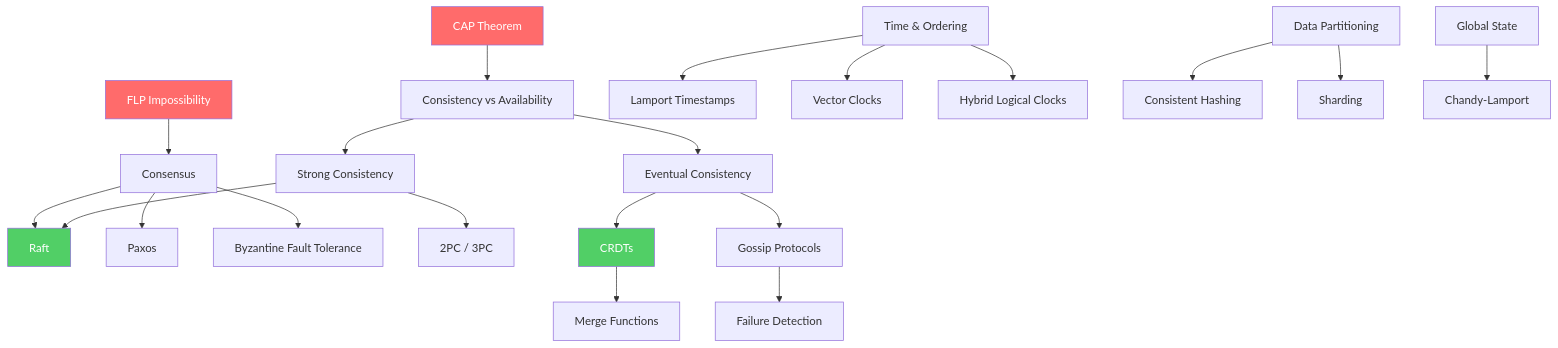
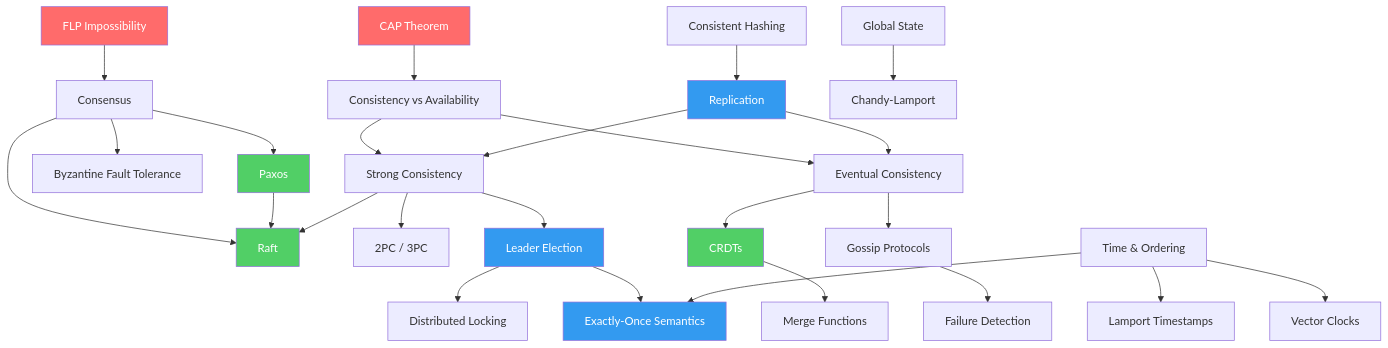
One commit to ayush-jadaun/knowledge-vault changed the diagram in docs/system-design/distributed-systems/index.md. Above: the diagram before and after it, drawn with Mermaid. The commit also changed other lines of this file and 16 other files, not shown here.

````diff
--- a/docs/system-design/distributed-systems/index.md
+++ b/docs/system-design/distributed-systems/index.md
@@ -43,35 +43,45 @@
 ```mermaid
 graph TB
     FLP[FLP Impossibility] --> Consensus
     CAP[CAP Theorem] --> Tradeoffs[Consistency vs Availability]
 
+    Consensus --> Paxos
     Consensus --> Raft
-    Consensus --> Paxos
     Consensus --> BFT[Byzantine Fault Tolerance]
+    Paxos --> Raft
 
     Tradeoffs --> Strong[Strong Consistency]
     Tradeoffs --> Eventual[Eventual Consistency]
 
     Strong --> TwoPC[2PC / 3PC]
     Strong --> Raft
+    Strong --> LeaderElection[Leader Election]
 
     Eventual --> CRDTs
     Eventual --> Gossip[Gossip Protocols]
+
+    LeaderElection --> DistLocking[Distributed Locking]
+    LeaderElection --> ExactlyOnce[Exactly-Once Semantics]
 
     CRDTs --> MergeFunction[Merge Functions]
     Gossip --> FailureDetection[Failure Detection]
 
     Time[Time & Ordering] --> Lamport[Lamport Timestamps]
     Time --> Vector[Vector Clocks]
-    Time --> HLC[Hybrid Logical Clocks]
+    Time --> ExactlyOnce
 
-    Partitioning[Data Partitioning] --> ConsistentHash[Consistent Hashing]
-    Partitioning --> Sharding
+    Replication --> Strong
+    Replication --> Eventual
+    ConsistentHashing[Consistent Hashing] --> Replication
 
     Snapshots[Global State] --> ChandyLamport[Chandy-Lamport]
 
     style FLP fill:#ff6b6b,color:#fff
     style CAP fill:#ff6b6b,color:#fff
     style Raft fill:#51cf66,color:#fff
+    style Paxos fill:#51cf66,color:#fff
     style CRDTs fill:#51cf66,color:#fff
+    style ExactlyOnce fill:#339af0,color:#fff
+    style Replication fill:#339af0,color:#fff
+    style LeaderElection fill:#339af0,color:#fff
 ```
````
